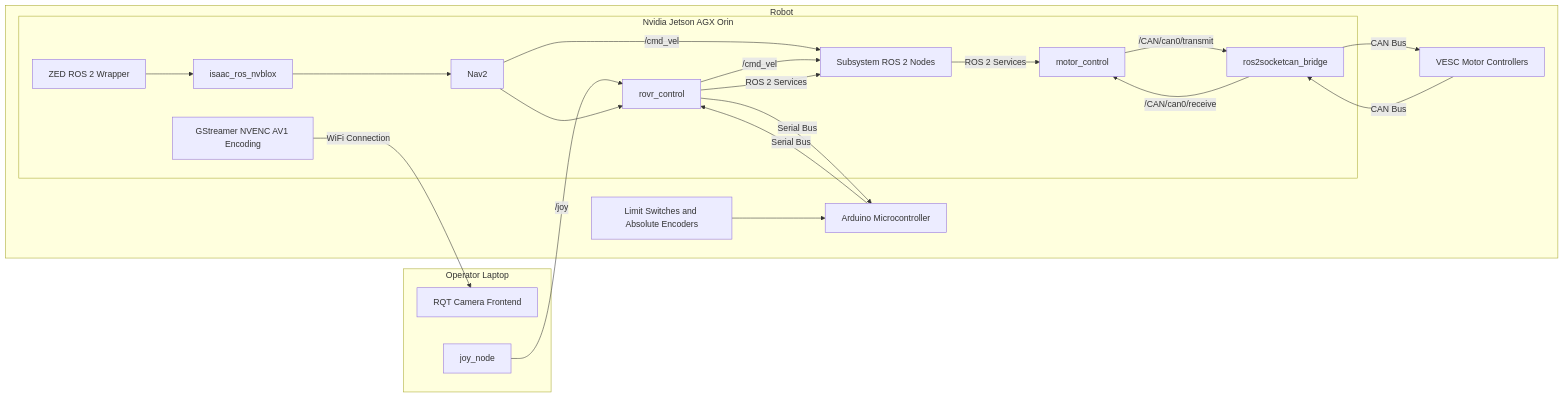
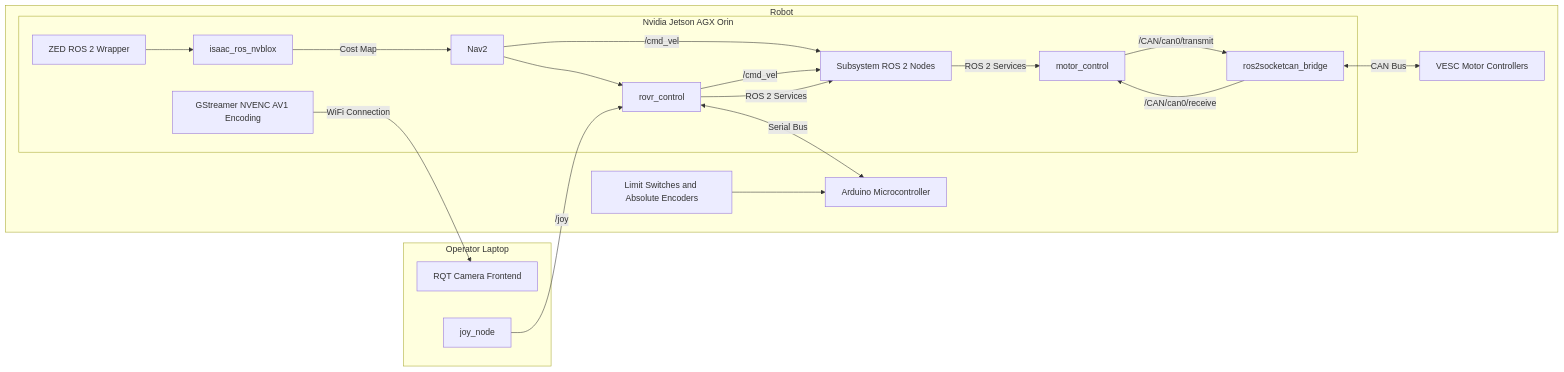
The diagram in README.md (GOFIRST-Robotics/Lunabotics), drawn with Mermaid before and after one commit.

Commit message:
Changed ordering and add bidirectional arrows

````diff
--- a/README.md
+++ b/README.md
@@ -5,38 +5,36 @@
 ```mermaid
 graph LR
     subgraph A[Operator Laptop]
         B[RQT Camera Frontend]
         J[joy_node]
     end
     subgraph C[Robot]
         subgraph F[Nvidia Jetson AGX Orin]
             G[motor_control]
             H[GStreamer NVENC AV1 Encoding]
             I[isaac_ros_nvblox]
             L[ros2socketcan_bridge]
             M[Nav2]
             N[Subsystem ROS 2 Nodes]
             O[rovr_control]
             P[ZED ROS 2 Wrapper]
         end
         D[Arduino Microcontroller]
         K[Limit Switches and Absolute Encoders]
         E[VESC Motor Controllers]
     end
     K --> D
+    O <-- Serial Bus --> D
+    H -- WiFi Connection --> B
+    L <-- CAN Bus --> E
+    P --> I
+    I -- Cost Map --> M
+    M --> O
     J -- /joy --> O
-    O -- Serial Bus --> D
-    D -- Serial Bus --> O
-    H -- WiFi Connection --> B
-    L -- CAN Bus --> E
-    E -- CAN Bus --> L
-    P --> I
-    I --> M
-    M --> O
     M -- /cmd_vel --> N
     G -- /CAN/can0/transmit --> L
     L -- /CAN/can0/receive --> G
     O -- /cmd_vel --> N
     O -- ROS 2 Services --> N
     N -- ROS 2 Services --> G
 ```
````
